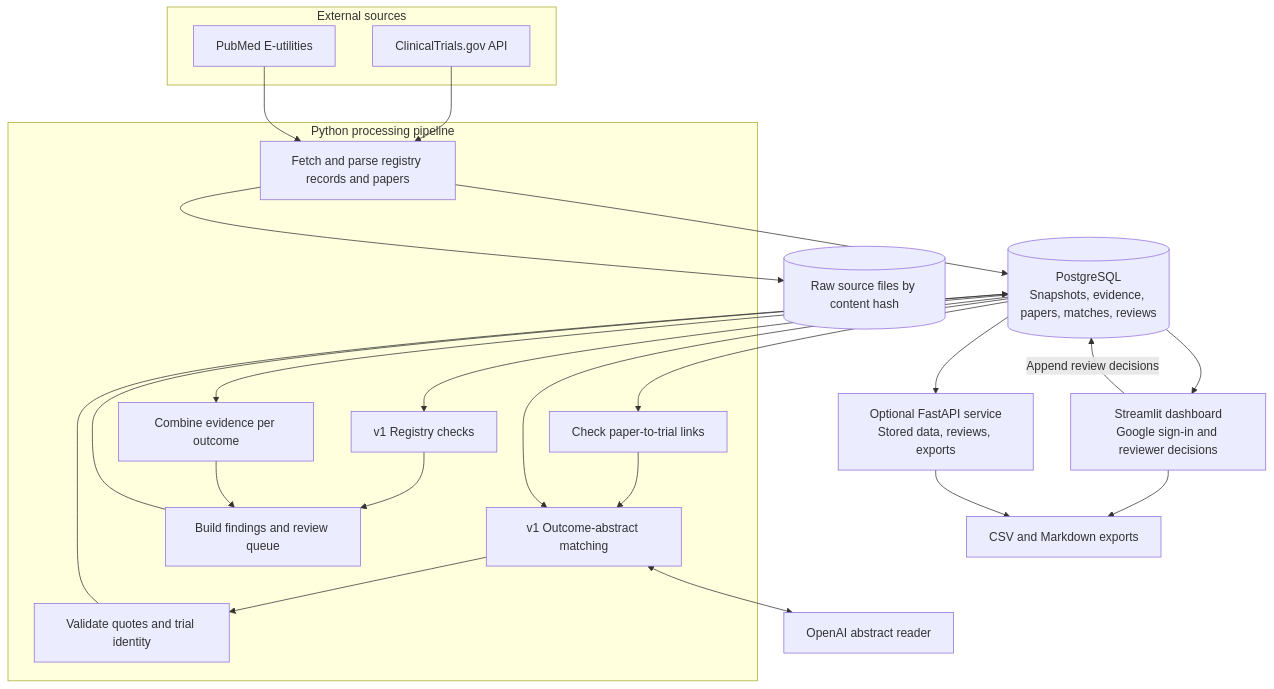
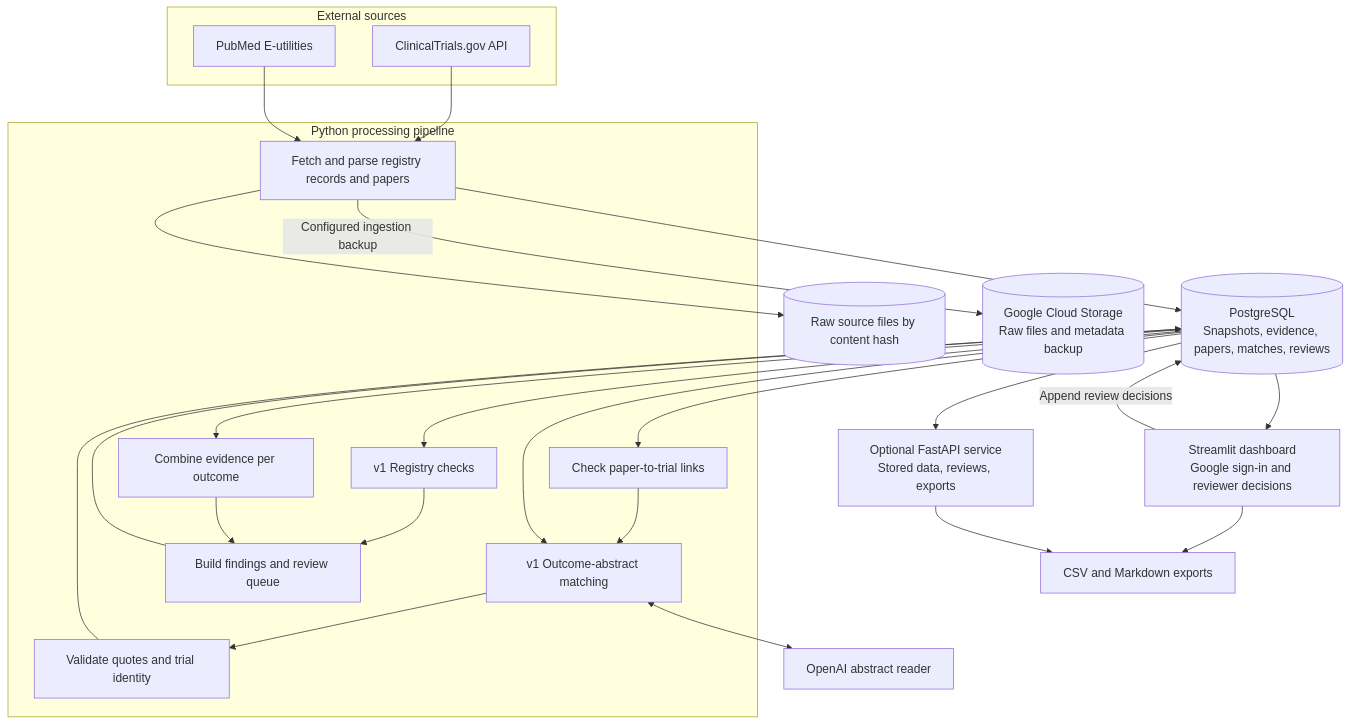
The diagram in README.md (vthottempudi1/TrialTrace), drawn with Mermaid before and after one commit. The commit also changed other lines of this file and 14 other files, not shown here.

Commit message:
Outcome overview, sort by risk, raw backup to Cloud Storage

````diff
--- a/README.md
+++ b/README.md
@@ -68,43 +68,45 @@
 ```mermaid
 flowchart TB
     subgraph Sources["External sources"]
         CT["ClinicalTrials.gov API"]
         PM["PubMed E-utilities"]
     end
     subgraph Pipeline["Python processing pipeline"]
         ING["Fetch and parse registry records and papers"]
         LINK["Check paper-to-trial links"]
         REG["v1 Registry checks"]
         MATCH["v1 Outcome-abstract matching"]
         GUARD["Validate quotes and trial identity"]
         ROLL["Combine evidence per outcome"]
         REPORT["Build findings and review queue"]
     end
     RAW[("Raw source files by content hash")]
+    GCS[("Google Cloud Storage<br/>Raw files and metadata backup")]
     DB[("PostgreSQL<br/>Snapshots, evidence, papers, matches, reviews")]
     MODEL["OpenAI abstract reader"]
     DASH["Streamlit dashboard<br/>Google sign-in and reviewer decisions"]
     API["Optional FastAPI service<br/>Stored data, reviews, exports"]
     EXPORT["CSV and Markdown exports"]
 
     CT --> ING
     PM --> ING
     ING --> RAW
+    ING -->|"Configured ingestion backup"| GCS
     ING --> DB
     DB --> LINK
     LINK --> MATCH
     DB --> MATCH
     MATCH <--> MODEL
     MATCH --> GUARD
     GUARD --> DB
     DB --> REG
     DB --> ROLL
     REG --> REPORT
     ROLL --> REPORT
     REPORT --> DB
     DB --> DASH
     DASH -->|"Append review decisions"| DB
     DB --> API
     DASH --> EXPORT
     API --> EXPORT
 ```
````
